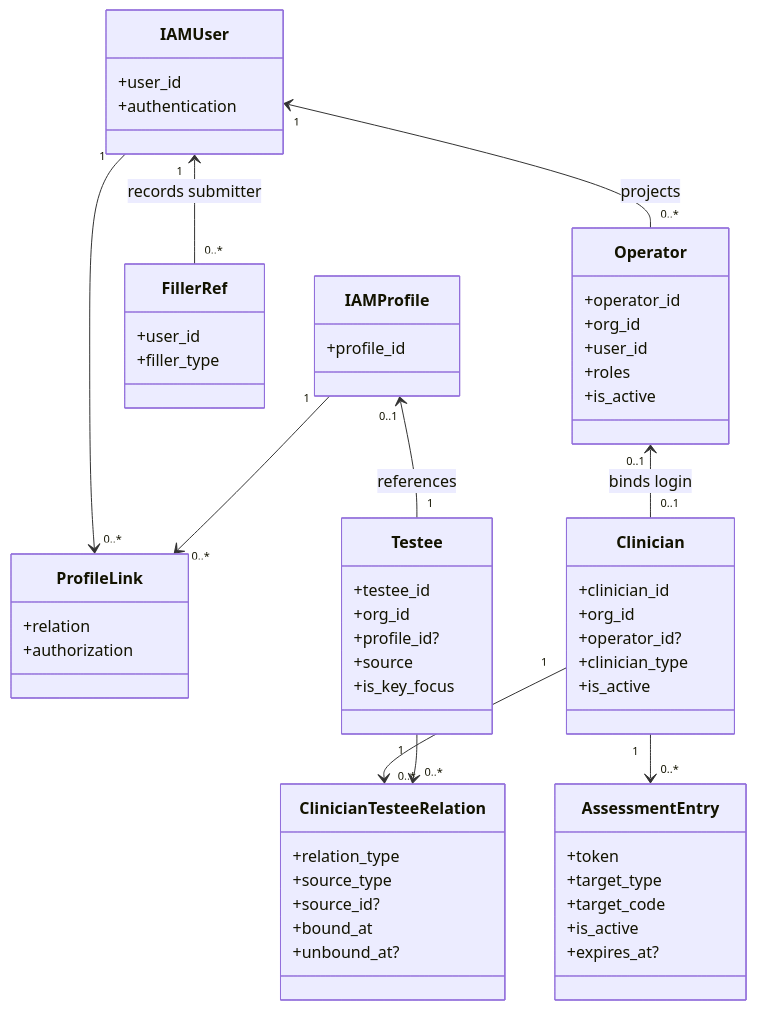
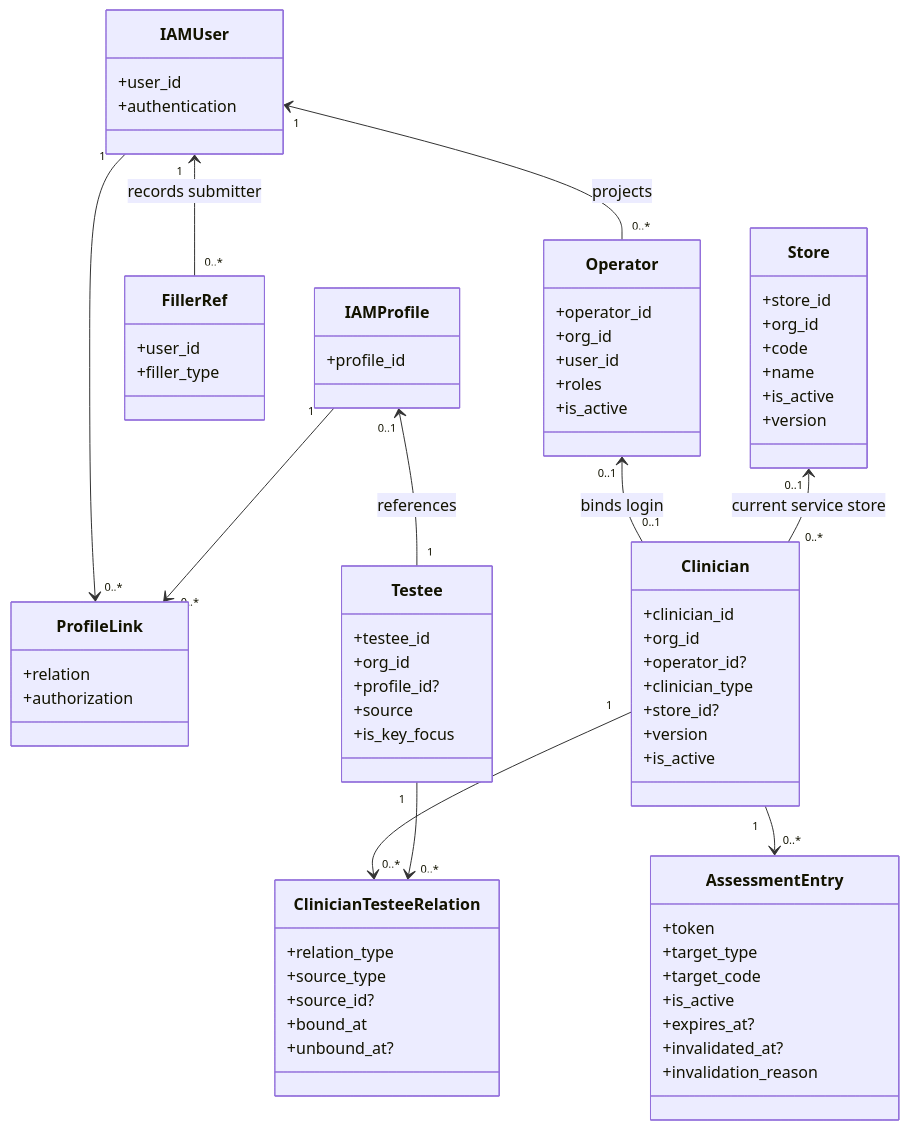
The diagram in docs/02-业务模块/50-actor/10-领域模型.md (FangcunMount/qs-server), drawn with Mermaid before and after one commit. The commit also changed other lines of this file and 49 other files, not shown here.

Commit message:
feat(actor): add service stores and audited clinician transfers

````diff
--- a/docs/02-业务模块/50-actor/10-领域模型.md
+++ b/docs/02-业务模块/50-actor/10-领域模型.md
@@ -17,63 +19,76 @@
 ```mermaid
 classDiagram
     class IAMUser {
       +user_id
       +authentication
     }
     class IAMProfile {
       +profile_id
     }
     class ProfileLink {
       +relation
       +authorization
     }
     class Testee {
       +testee_id
       +org_id
       +profile_id?
       +source
       +is_key_focus
     }
     class FillerRef {
       +user_id
       +filler_type
     }
     class Operator {
       +operator_id
       +org_id
       +user_id
       +roles
       +is_active
     }
+    class Store {
+      +store_id
+      +org_id
+      +code
+      +name
+      +is_active
+      +version
+    }
     class Clinician {
       +clinician_id
       +org_id
       +operator_id?
       +clinician_type
+      +store_id?
+      +version
       +is_active
     }
     class ClinicianTesteeRelation {
       +relation_type
       +source_type
       +source_id?
       +bound_at
       +unbound_at?
     }
     class AssessmentEntry {
       +token
       +target_type
       +target_code
       +is_active
       +expires_at?
+      +invalidated_at?
+      +invalidation_reason
     }
 
     IAMUser "1" --> "0..*" ProfileLink
     IAMProfile "1" --> "0..*" ProfileLink
     IAMProfile "0..1" <-- "1" Testee : references
     IAMUser "1" <-- "0..*" FillerRef : records submitter
     IAMUser "1" <-- "0..*" Operator : projects
     Operator "0..1" <-- "0..1" Clinician : binds login
     Clinician "1" --> "0..*" ClinicianTesteeRelation
     Testee "1" --> "0..*" ClinicianTesteeRelation
+    Store "0..1" <-- "0..*" Clinician : current service store
     Clinician "1" --> "0..*" AssessmentEntry
 ```
````
